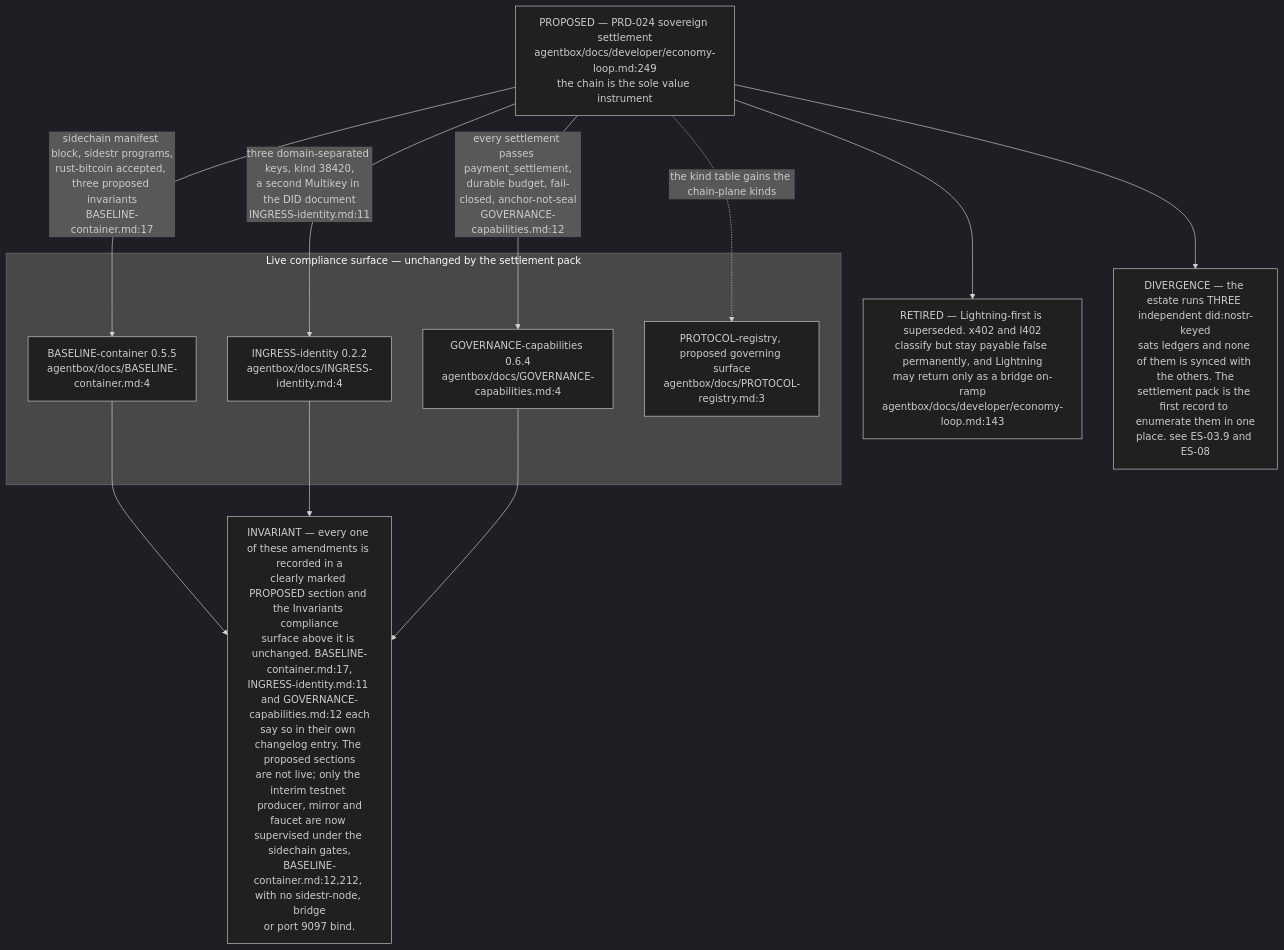
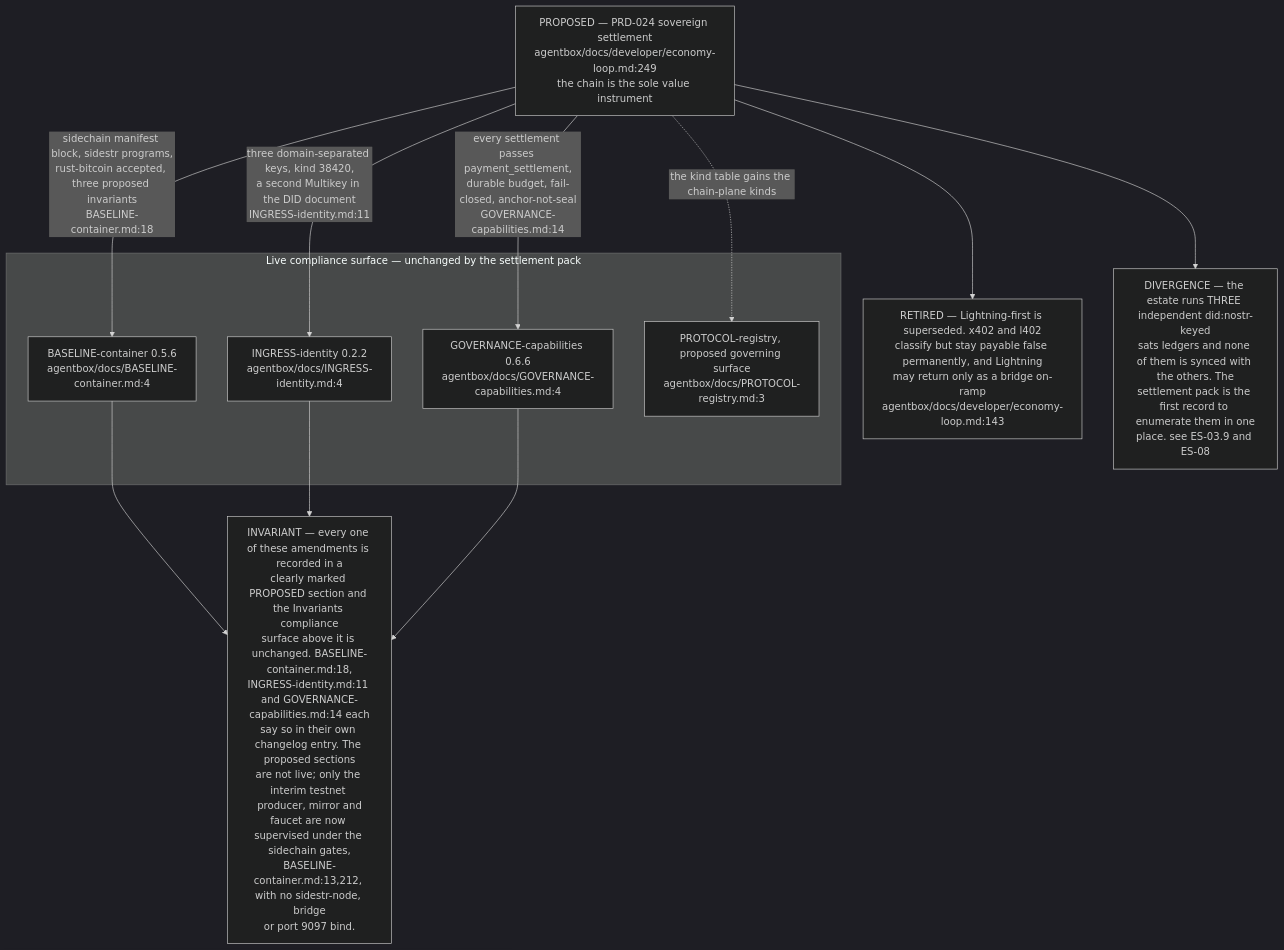
Before and after one commit to DreamLab-AI/VisionFlow: the eighth of 8 diagrams in docs/diagrams/estate/01-estate-topology.md, drawn with Mermaid (dark theme). The commit also changed other lines of this file and 80 other files, not shown here.

First line of the commit message:
docs(diagrams): re-verify the agentbox, dreamlab, estate and visionflow corpus against current sources

````diff
--- a/docs/diagrams/estate/01-estate-topology.md
+++ b/docs/diagrams/estate/01-estate-topology.md
@@ -303,27 +303,27 @@
 ```mermaid
 flowchart TB
     subgraph LIVE["Live compliance surface — unchanged by the settlement pack"]
-        BC["BASELINE-container 0.5.5<br/>agentbox/docs/BASELINE-container.md:4"]
+        BC["BASELINE-container 0.5.6<br/>agentbox/docs/BASELINE-container.md:4"]
         IG["INGRESS-identity 0.2.2<br/>agentbox/docs/INGRESS-identity.md:4"]
-        GC["GOVERNANCE-capabilities 0.6.4<br/>agentbox/docs/GOVERNANCE-capabilities.md:4"]
+        GC["GOVERNANCE-capabilities 0.6.6<br/>agentbox/docs/GOVERNANCE-capabilities.md:4"]
         PR["PROTOCOL-registry, proposed governing surface<br/>agentbox/docs/PROTOCOL-registry.md:3"]
     end
 
     PRD["PROPOSED — PRD-024 sovereign settlement<br/>agentbox/docs/developer/economy-loop.md:249<br/>the chain is the sole value instrument"]
 
-    PRD -->|"sidechain manifest block, sidestr programs,<br/>rust-bitcoin accepted, three proposed invariants<br/>BASELINE-container.md:17"| BC
+    PRD -->|"sidechain manifest block, sidestr programs,<br/>rust-bitcoin accepted, three proposed invariants<br/>BASELINE-container.md:18"| BC
     PRD -->|"three domain-separated keys, kind 38420,<br/>a second Multikey in the DID document<br/>INGRESS-identity.md:11"| IG
-    PRD -->|"every settlement passes payment_settlement,<br/>durable budget, fail-closed, anchor-not-seal<br/>GOVERNANCE-capabilities.md:12"| GC
+    PRD -->|"every settlement passes payment_settlement,<br/>durable budget, fail-closed, anchor-not-seal<br/>GOVERNANCE-capabilities.md:14"| GC
     PRD -.->|"the kind table gains the chain-plane kinds"| PR
 
     RET["RETIRED — Lightning-first is superseded. x402 and l402<br/>classify but stay payable false permanently, and Lightning<br/>may return only as a bridge on-ramp<br/>agentbox/docs/developer/economy-loop.md:143"]
     PRD --> RET
 
-    INV["INVARIANT — every one of these amendments is recorded in a<br/>clearly marked PROPOSED section and the Invariants compliance<br/>surface above it is unchanged. BASELINE-container.md:17,<br/>INGRESS-identity.md:11 and GOVERNANCE-capabilities.md:12 each<br/>say so in their own changelog entry. The proposed sections<br/>are not live; only the interim testnet producer, mirror and<br/>faucet are now supervised under the sidechain gates,<br/>BASELINE-container.md:12,212, with no sidestr-node, bridge<br/>or port 9097 bind."]
+    INV["INVARIANT — every one of these amendments is recorded in a<br/>clearly marked PROPOSED section and the Invariants compliance<br/>surface above it is unchanged. BASELINE-container.md:18,<br/>INGRESS-identity.md:11 and GOVERNANCE-capabilities.md:14 each<br/>say so in their own changelog entry. The proposed sections<br/>are not live; only the interim testnet producer, mirror and<br/>faucet are now supervised under the sidechain gates,<br/>BASELINE-container.md:13,212, with no sidestr-node, bridge<br/>or port 9097 bind."]
     BC --> INV
     IG --> INV
     GC --> INV
 
     LEDG["DIVERGENCE — the estate runs THREE independent did:nostr-keyed<br/>sats ledgers and none of them is synced with the others. The<br/>settlement pack is the first record to enumerate them in one<br/>place. see ES-03.9 and ES-08"]
     PRD --> LEDG
 ```
````
